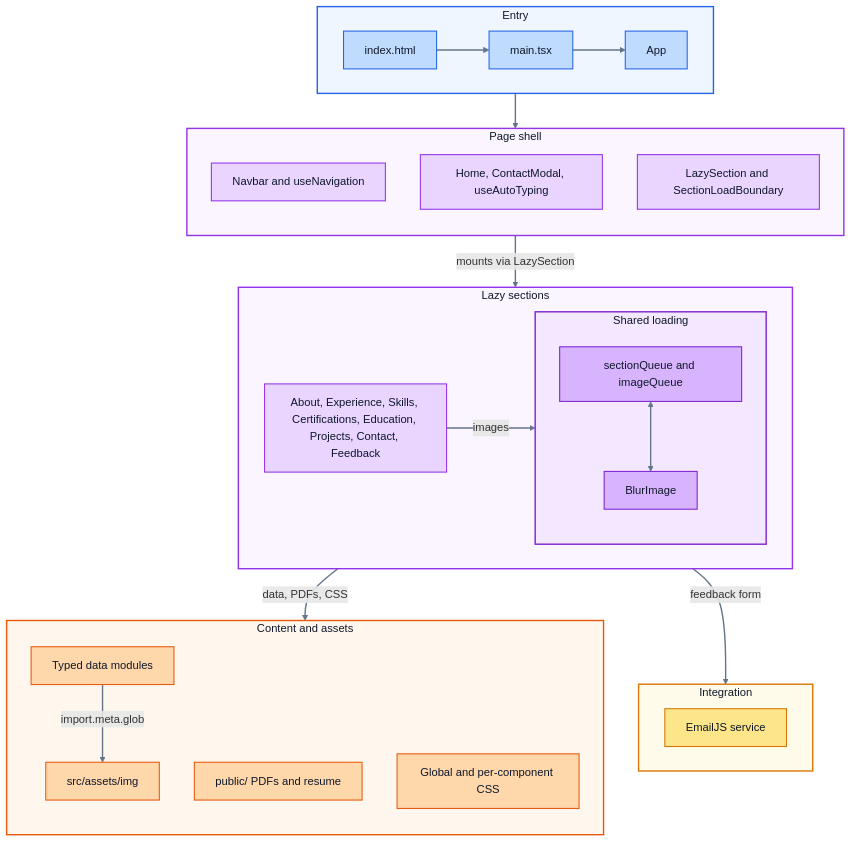
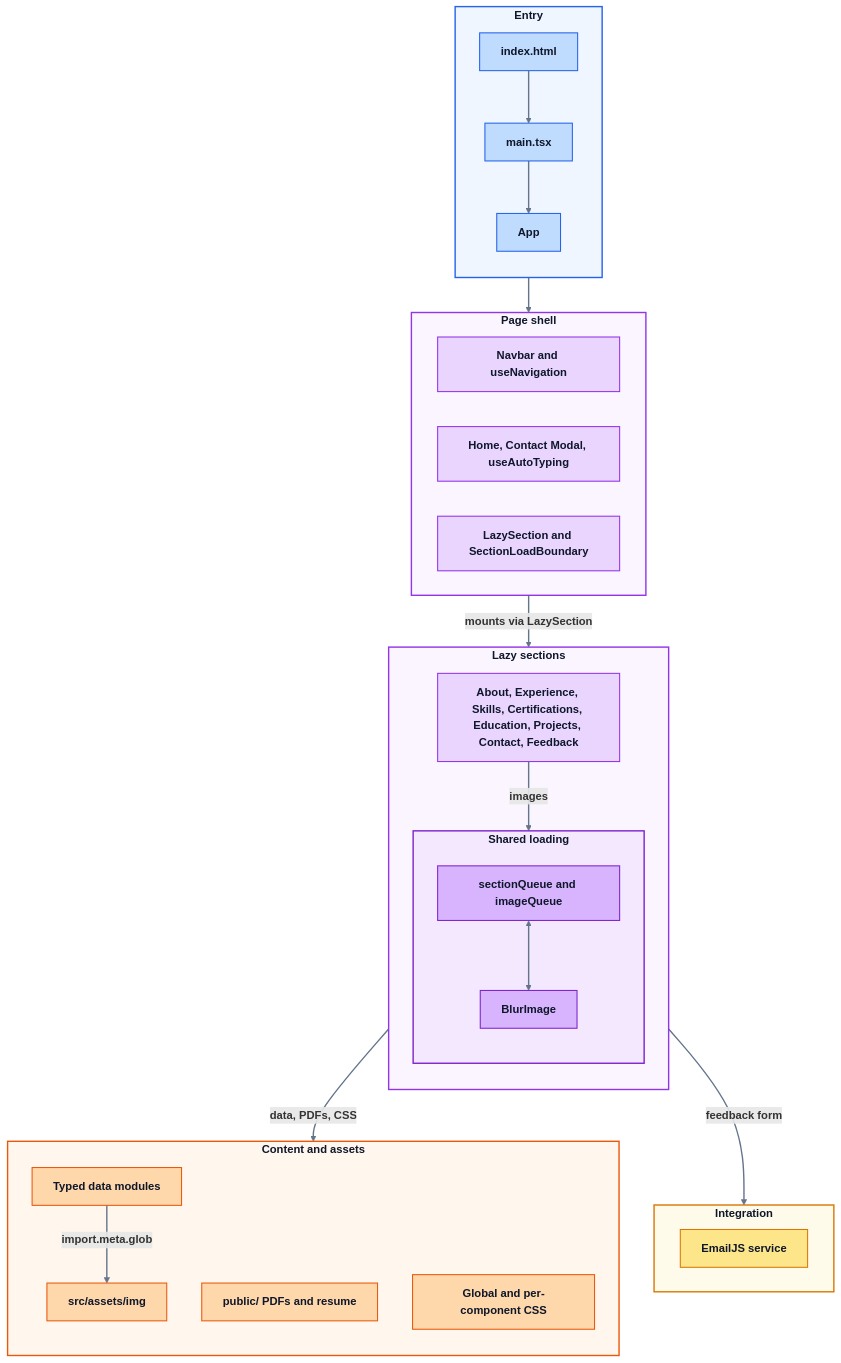
One commit to Aniruddha-25/Portfolio changed the second of 3 diagrams in README.md. Above: the diagram before and after it, drawn with Mermaid. The commit also changed other lines of this file, not shown here.

Commit message:
Added Background Colour and Design to mermaid diagram

````diff
--- a/README.md
+++ b/README.md
@@ -97,63 +97,63 @@
 ```mermaid
 flowchart TB
-    subgraph ENTRY["Entry"]
-        direction LR
-        HTML["index.html"] --> MAIN["main.tsx"] --> APP["App"]
+    subgraph ENTRY["`**Entry**`"]
+        direction TB
+        HTML["`**index.html**`"] --> MAIN["`**main.tsx**`"] --> APP["`**App**`"]
     end
 
-    subgraph SHELL["Page shell"]
-        direction TB
-        NAVBAR["Navbar and useNavigation"]
-        HOME["Home, ContactModal, useAutoTyping"]
-        LAZY["LazySection and SectionLoadBoundary"]
+    subgraph SHELL["`**Page shell**`"]
+
+        NAVBAR["`**Navbar and useNavigation**`"]
+        HOME["`**Home, Contact Modal, useAutoTyping**`"]
+        LAZY["`**LazySection and SectionLoadBoundary**`"]
     end
 
-    subgraph SECTIONS["Lazy sections"]
-        direction LR
-        SEC["About, Experience, Skills, Certifications, Education, Projects, Contact, Feedback"]
+    subgraph SECTIONS["`**Lazy sections**`"]
+        direction TB
+        SEC["`**About, Experience, Skills, Certifications, Education, Projects, Contact, Feedback**`"]
 
-        subgraph SHARED["Shared loading"]
+        subgraph SHARED["`**Shared loading**`"]
             direction TB
-            QUEUES["sectionQueue and imageQueue"] <--> BLUR["BlurImage"]
+            QUEUES["`**sectionQueue and imageQueue**`"] <--> BLUR["`**BlurImage**`"]
         end
 
-        SEC -->|"images"| SHARED
+        SEC -->|"`**images**`"| SHARED
     end
 
-    subgraph CONTENT["Content and assets"]
+    subgraph CONTENT["`**Content and assets**`"]
         direction TB
-        DATA["Typed data modules"] -->|"import.meta.glob"| IMGS["src/assets/img"]
-        PUBLIC["public/ PDFs and resume"]
-        STYLES["Global and per-component CSS"]
+        DATA["`**Typed data modules**`"] -->|"`**import.meta.glob**`"| IMGS["`**src/assets/img**`"]
+        PUBLIC["`**public/ PDFs and resume**`"]
+        STYLES["`**Global and per-component CSS**`"]
     end
 
-    subgraph INTEG["Integration"]
-        EMAILJS["EmailJS service"]
+    subgraph INTEG["`**Integration**`"]
+        EMAILJS["`**EmailJS service**`"]
     end
 
     ENTRY --> SHELL
-    SHELL -->|"mounts via LazySection"| SECTIONS
-    SECTIONS -->|"data, PDFs, CSS"| CONTENT
-    SECTIONS -->|"feedback form"| INTEG
+    SHELL -->|"`**mounts via LazySection**`"| SECTIONS
+    SECTIONS -->|"`**data, PDFs, CSS**`"| CONTENT
+    SECTIONS -->|"`**feedback form**`"| INTEG
 
     classDef entry fill:#bfdbfe,stroke:#2563eb,stroke-width:1.5px,color:#0f172a
     classDef comp fill:#e9d5ff,stroke:#9333ea,stroke-width:1.5px,color:#0f172a
     classDef shared fill:#d8b4fe,stroke:#7e22ce,stroke-width:1.5px,color:#0f172a
     classDef content fill:#fed7aa,stroke:#ea580c,stroke-width:1.5px,color:#0f172a
     classDef integ fill:#fde68a,stroke:#d97706,stroke-width:1.5px,color:#0f172a
 
     class HTML,MAIN,APP entry
     class NAVBAR,HOME,LAZY,SEC comp
     class QUEUES,BLUR shared
     class DATA,IMGS,PUBLIC,STYLES content
     class EMAILJS integ
 
     style ENTRY fill:#eff6ff,stroke:#2563eb,stroke-width:2px,color:#0f172a
     style SHELL fill:#faf5ff,stroke:#9333ea,stroke-width:2px,color:#0f172a
     style SECTIONS fill:#faf5ff,stroke:#9333ea,stroke-width:2px,color:#0f172a
     style SHARED fill:#f3e8ff,stroke:#7e22ce,stroke-width:2px,color:#0f172a
     style CONTENT fill:#fff7ed,stroke:#ea580c,stroke-width:2px,color:#0f172a
     style INTEG fill:#fffbeb,stroke:#d97706,stroke-width:2px,color:#0f172a
 
     linkStyle default stroke:#64748b,stroke-width:2px
 ```
````
